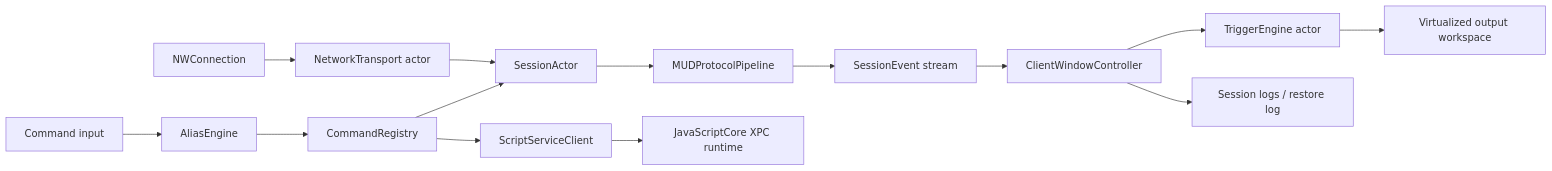
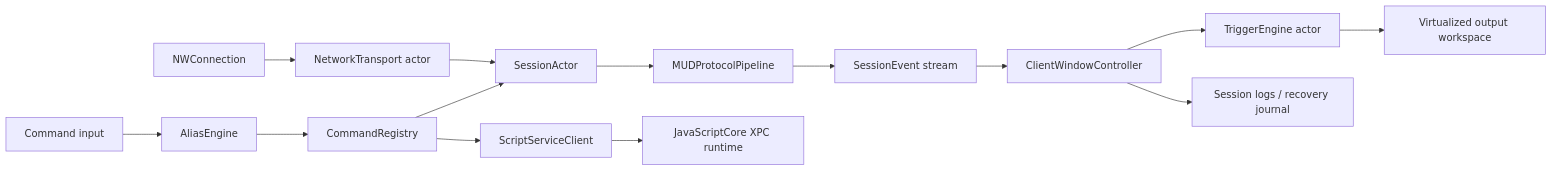
Before and after one commit to evokaz/BeipMU-mac: the second of 2 diagrams in Documentation/ARCHITECTURE.md, drawn with Mermaid. The commit also changed other lines of this file and 24 other files, not shown here.

````diff
--- a/Documentation/ARCHITECTURE.md
+++ b/Documentation/ARCHITECTURE.md
@@ -33,16 +33,16 @@
 ```mermaid
 flowchart LR
     Socket["NWConnection"] --> Transport["NetworkTransport actor"]
     Transport --> Session["SessionActor"]
     Session --> Pipeline["MUDProtocolPipeline"]
     Pipeline --> Events["SessionEvent stream"]
     Events --> Controller["ClientWindowController"]
     Controller --> Triggers["TriggerEngine actor"]
     Triggers --> Workspace["Virtualized output workspace"]
-    Controller --> Logs["Session logs / restore log"]
+    Controller --> Logs["Session logs / recovery journal"]
     Input["Command input"] --> Aliases["AliasEngine"]
     Aliases --> Commands["CommandRegistry"]
     Commands --> Session
     Commands --> Scripts["ScriptServiceClient"]
     Scripts --> XPC["JavaScriptCore XPC runtime"]
 ```
````
